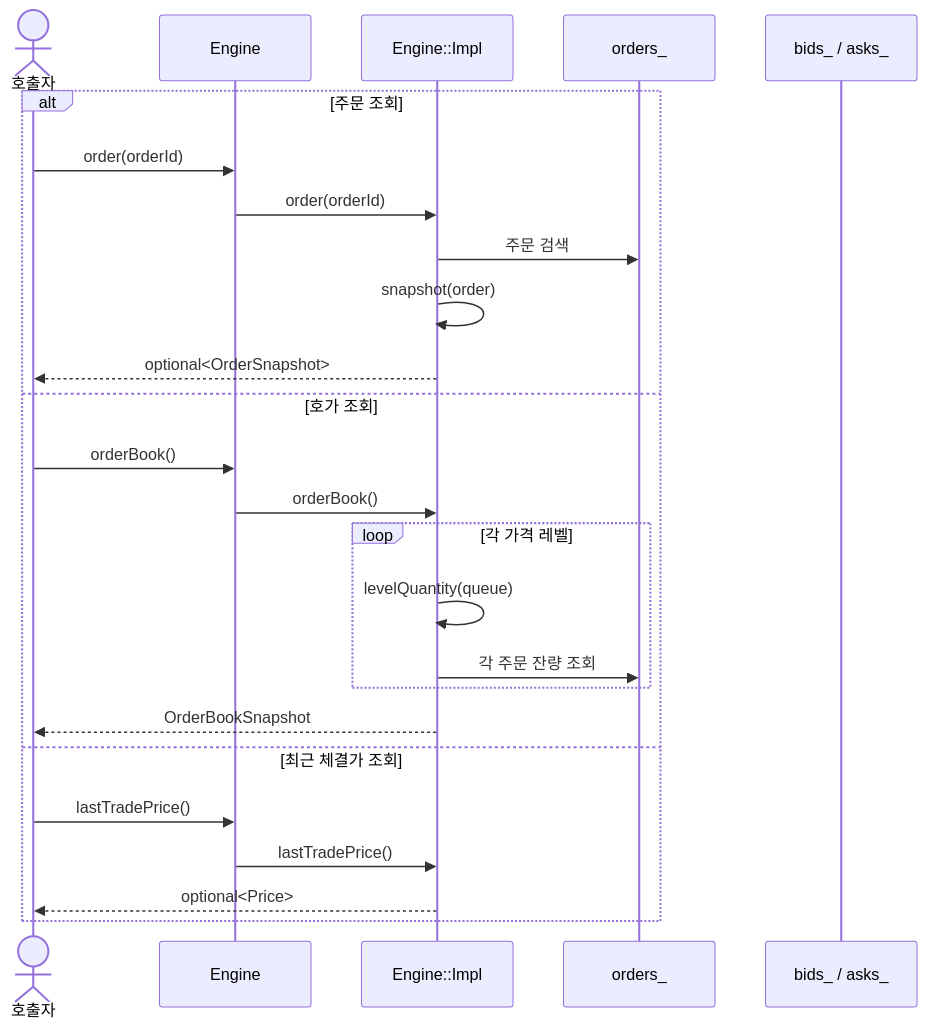
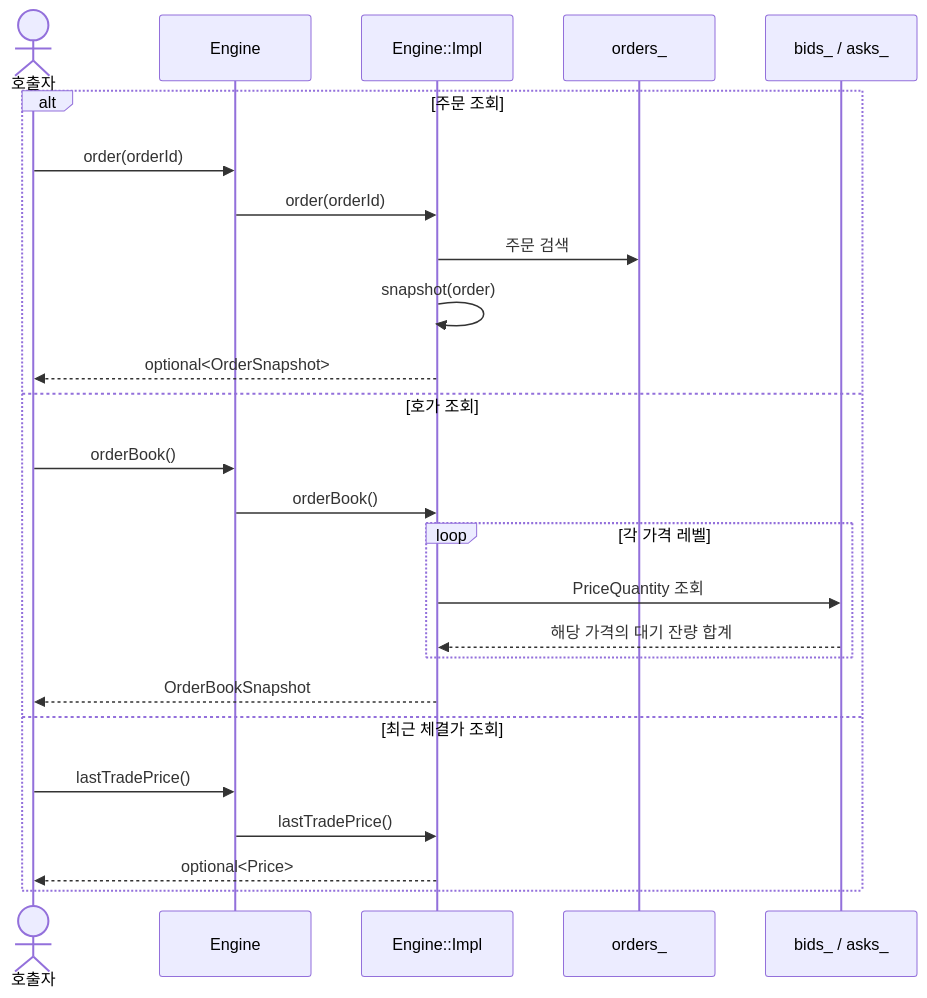
Before and after one commit to capstone-hamburger/stock-matching-engine: the fourth of 5 diagrams in docs/matching-engine-architecture.md, drawn with Mermaid. The commit also changed other lines of this file and 3 other files, not shown here.

````diff
--- a/docs/matching-engine-architecture.md
+++ b/docs/matching-engine-architecture.md
@@ -267,28 +268,28 @@
 ```mermaid
 sequenceDiagram
     actor Caller as 호출자
     participant Engine
     participant Impl as Engine::Impl
     participant Orders as orders_
     participant Book as bids_ / asks_
 
     alt 주문 조회
         Caller->>Engine: order(orderId)
         Engine->>Impl: order(orderId)
         Impl->>Orders: 주문 검색
         Impl->>Impl: snapshot(order)
         Impl-->>Caller: optional<OrderSnapshot>
     else 호가 조회
         Caller->>Engine: orderBook()
         Engine->>Impl: orderBook()
         loop 각 가격 레벨
-            Impl->>Impl: levelQuantity(queue)
-            Impl->>Orders: 각 주문 잔량 조회
+            Impl->>Book: PriceQuantity 조회
+            Book-->>Impl: 해당 가격의 대기 잔량 합계
         end
         Impl-->>Caller: OrderBookSnapshot
     else 최근 체결가 조회
         Caller->>Engine: lastTradePrice()
         Engine->>Impl: lastTradePrice()
         Impl-->>Caller: optional<Price>
     end
 ```
````
